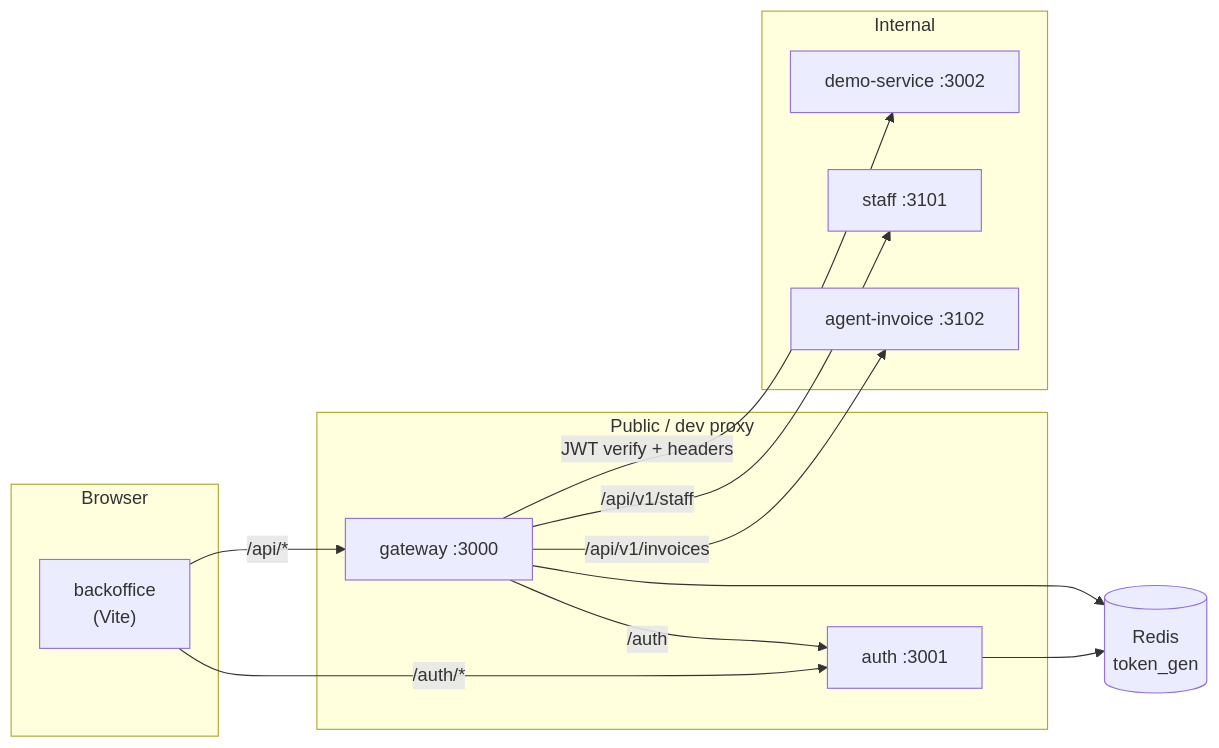
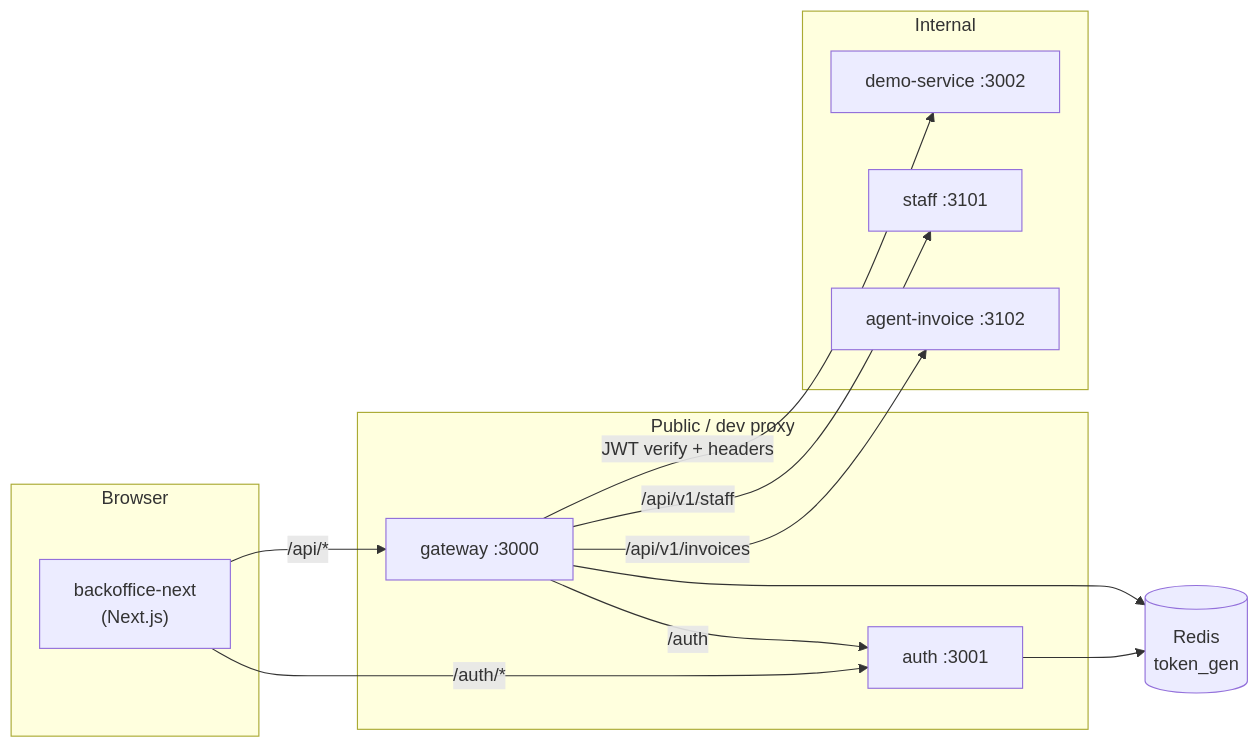
The diagram in README.md (santanapol/ai-agent-template), drawn with Mermaid before and after one commit. The commit also changed other lines of this file and 345 other files, not shown here.

First line of the commit message:
fix(frontend): harden backoffice-next for staging ship and retire Vite app

````diff
--- a/README.md
+++ b/README.md
@@ -59,26 +59,26 @@
 ```mermaid
 flowchart LR
   subgraph client["Browser"]
-    UI["backoffice\n(Vite)"]
+    UI["backoffice-next\n(Next.js)"]
   end
 
   subgraph edge["Public / dev proxy"]
     G["gateway :3000"]
     A["auth :3001"]
   end
 
   subgraph private["Internal"]
     S["demo-service :3002"]
     ST["staff :3101"]
     AI["agent-invoice :3102"]
   end
 
   UI -->|"/auth/*"| A
   UI -->|"/api/*"| G
   G -->|JWT verify + headers| S
   G -->|"/api/v1/staff"| ST
   G -->|"/api/v1/invoices"| AI
   G -->|"/auth"| A
   A --> Redis[(Redis\ntoken_gen)]
   G --> Redis
 ```
````
